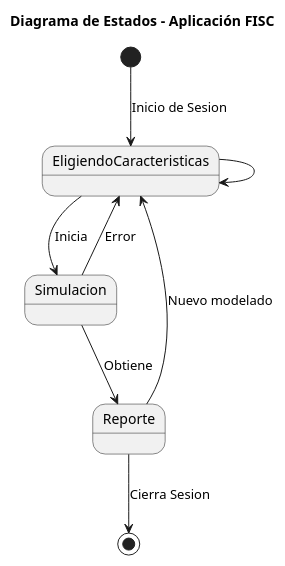
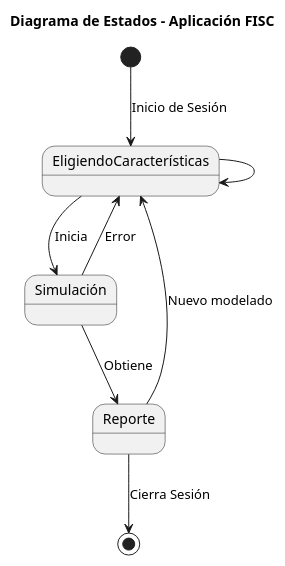
One commit to mmasias/23-24-IdSw1-SDR changed the diagram in modelosUML/diagramaEstados.puml. Above: the diagram before and after it, drawn with PlantUML. The commit also changed 1 other file, not shown here.

Commit message:
correccion diagrama estados

```diff
--- a/modelosUML/diagramaEstados.puml
+++ b/modelosUML/diagramaEstados.puml
@@ -1,14 +1,14 @@
 @startuml
 
 title Diagrama de Estados - Aplicación FISC
 
-[*] --> EligiendoCaracteristicas : Inicio de Sesion
-EligiendoCaracteristicas --> Simulacion : Inicia
-Simulacion --> Reporte : Obtiene
-Reporte --> EligiendoCaracteristicas : Nuevo modelado
-Reporte --> [*] : Cierra Sesion
+[*] --> EligiendoCaracterísticas : Inicio de Sesión
+EligiendoCaracterísticas --> Simulación : Inicia
+Simulación --> Reporte : Obtiene
+Reporte --> EligiendoCaracterísticas : Nuevo modelado
+Reporte --> [*] : Cierra Sesión
 
-EligiendoCaracteristicas --> EligiendoCaracteristicas
-Simulacion --> EligiendoCaracteristicas : Error
+EligiendoCaracterísticas --> EligiendoCaracterísticas
+Simulación --> EligiendoCaracterísticas : Error
 
 @enduml
```
